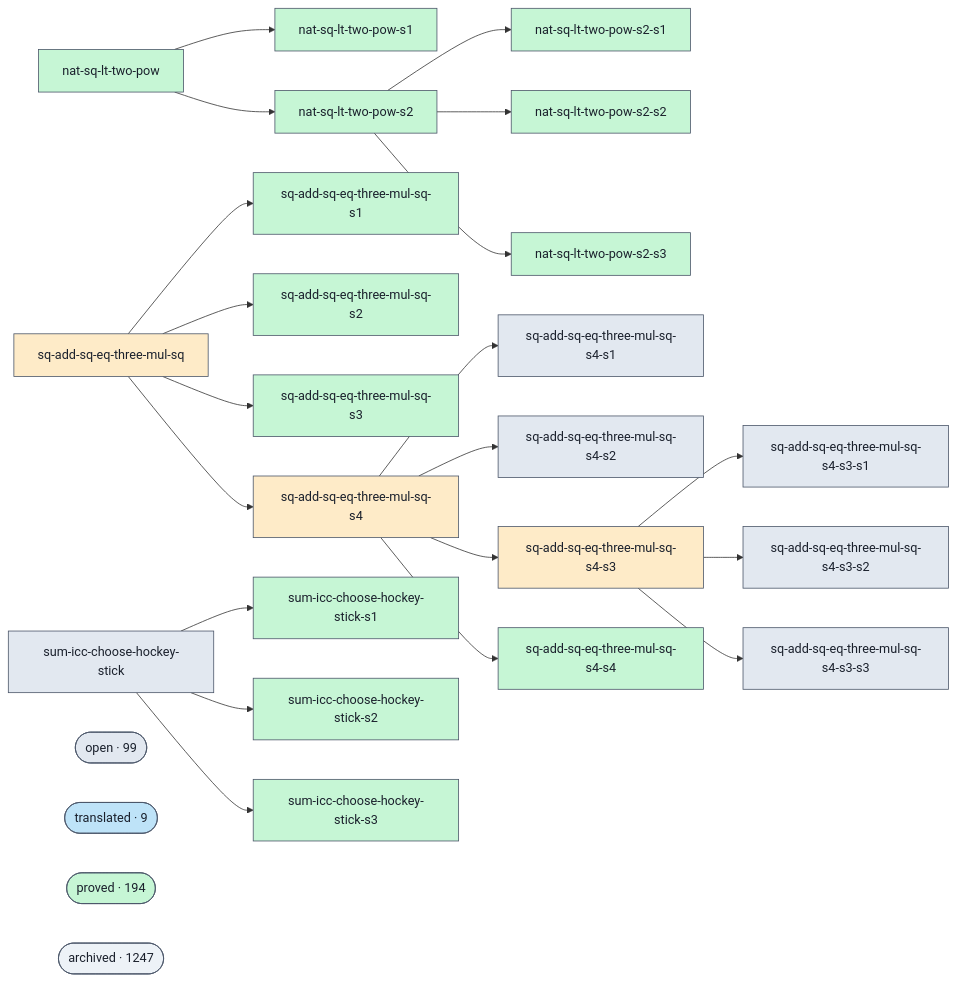
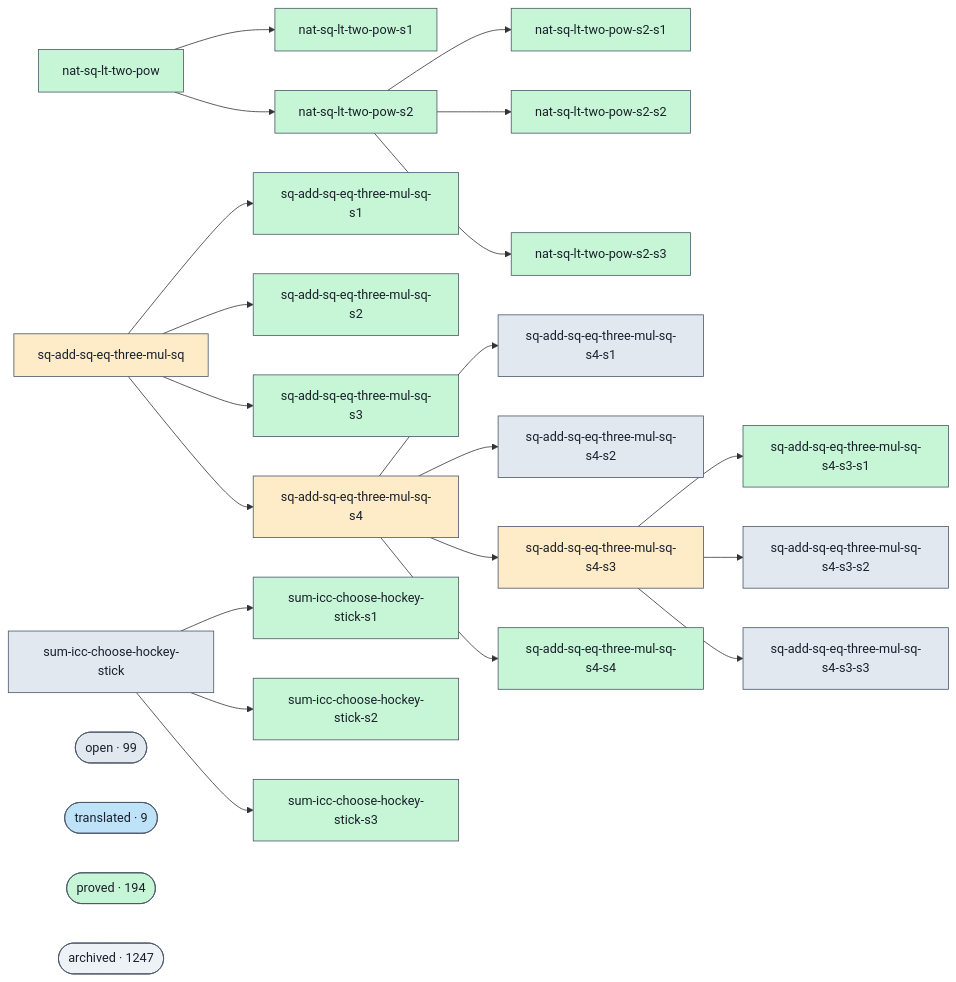
Before and after one commit to Rauxon/unsorry: the diagram in docs/proofs-contributors-visualisation.md, drawn with Mermaid. The commit also changed other lines of this file and 2 other files, not shown here.

```diff
--- a/docs/proofs-contributors-visualisation.md
+++ b/docs/proofs-contributors-visualisation.md
@@ -65,8 +65,8 @@
   class g_sq_add_sq_eq_three_mul_sq_s4_s3 blocked;
   click g_sq_add_sq_eq_three_mul_sq_s4_s3 "https://github.com/agenticsnz/unsorry/blob/main/goals/sq-add-sq-eq-three-mul-sq-s4-s3.lean" "sq-add-sq-eq-three-mul-sq-s4-s3 — blocked"
   g_sq_add_sq_eq_three_mul_sq_s4_s3_s1["sq-add-sq-eq-three-mul-sq-s4-s3-s1"]
-  class g_sq_add_sq_eq_three_mul_sq_s4_s3_s1 open;
-  click g_sq_add_sq_eq_three_mul_sq_s4_s3_s1 "https://github.com/agenticsnz/unsorry/blob/main/goals/sq-add-sq-eq-three-mul-sq-s4-s3-s1.lean" "sq-add-sq-eq-three-mul-sq-s4-s3-s1 — open"
+  class g_sq_add_sq_eq_three_mul_sq_s4_s3_s1 proved;
+  click g_sq_add_sq_eq_three_mul_sq_s4_s3_s1 "https://github.com/agenticsnz/unsorry/blob/main/goals/sq-add-sq-eq-three-mul-sq-s4-s3-s1.lean" "sq-add-sq-eq-three-mul-sq-s4-s3-s1 — proved"
   g_sq_add_sq_eq_three_mul_sq_s4_s3_s2["sq-add-sq-eq-three-mul-sq-s4-s3-s2"]
   class g_sq_add_sq_eq_three_mul_sq_s4_s3_s2 open;
   click g_sq_add_sq_eq_three_mul_sq_s4_s3_s2 "https://github.com/agenticsnz/unsorry/blob/main/goals/sq-add-sq-eq-three-mul-sq-s4-s3-s2.lean" "sq-add-sq-eq-three-mul-sq-s4-s3-s2 — open"
```
